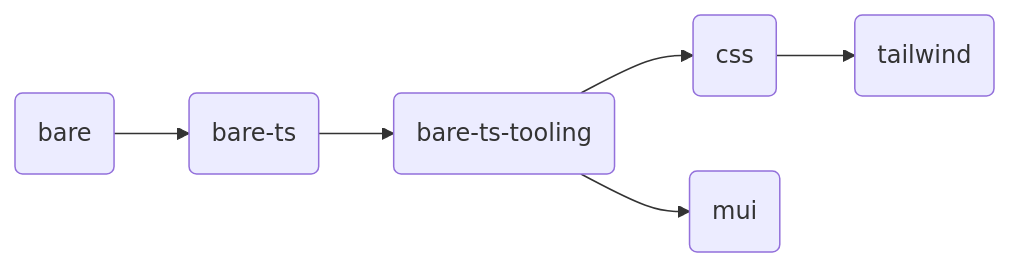
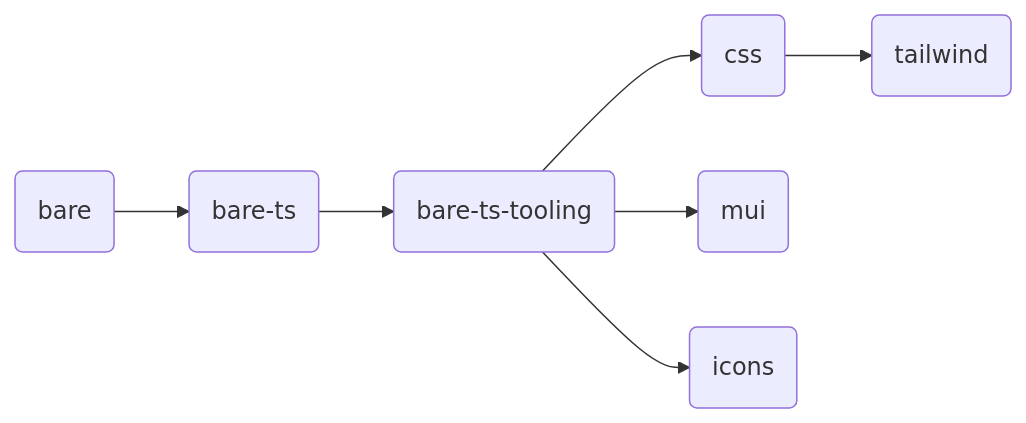
The diagram in README.md (jens-ox/cll), drawn with Mermaid before and after one commit. The commit also changed other lines of this file and 22 other files, not shown here.

````diff
--- a/README.md
+++ b/README.md
@@ -5,14 +5,16 @@
 ```mermaid
 graph LR;
     1(bare);
     2(bare-ts);
     3(bare-ts-tooling);
     4(css);
     5(tailwind);
     6(mui);
+    7(icons);
     1-->2;
     2-->3;
     3-->4;
     4-->5;
     3-->6;
+    3-->7;
 ```
````
